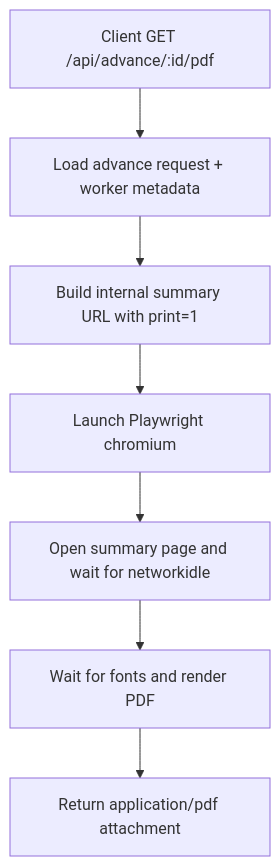
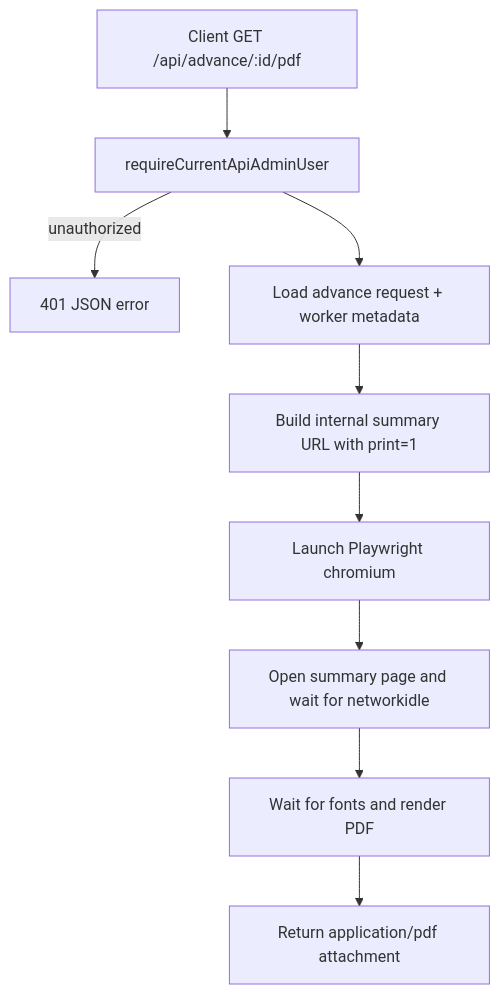
One commit to daniellim922/One-Laundry-Project-Alpha-v1 changed the first of 5 diagrams in .codex/docs/api-workflows.md. Above: the diagram before and after it, drawn with Mermaid. The commit also changed other lines of this file and 3 other files, not shown here.

````diff
--- a/.codex/docs/api-workflows.md
+++ b/.codex/docs/api-workflows.md
@@ -30,9 +31,11 @@
 ```mermaid
 flowchart TD
-    A[Client GET /api/advance/:id/pdf] --> C[Load advance request + worker metadata]
+    A[Client GET /api/advance/:id/pdf] --> B[requireCurrentApiAdminUser]
+    B -->|unauthorized| X[401 JSON error]
+    B --> C[Load advance request + worker metadata]
     C --> D[Build internal summary URL with print=1]
     D --> E[Launch Playwright chromium]
     E --> F[Open summary page and wait for networkidle]
     F --> G[Wait for fonts and render PDF]
     G --> H[Return application/pdf attachment]
 ```
````
